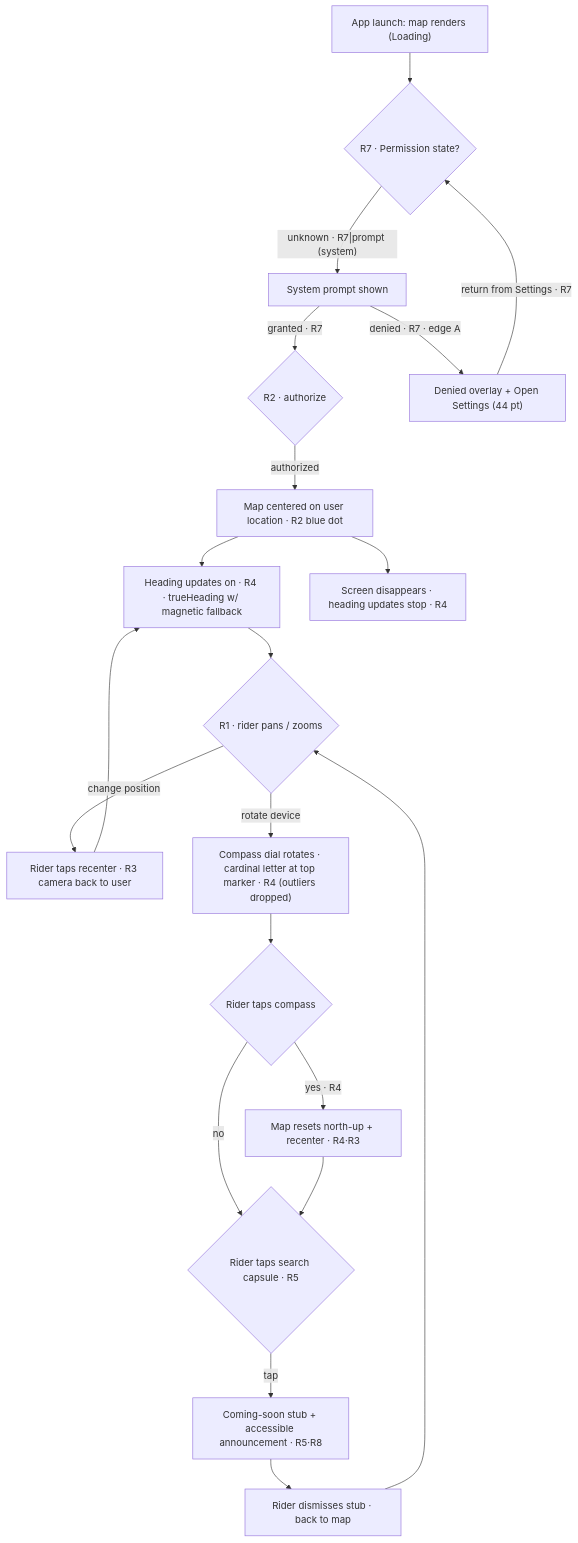
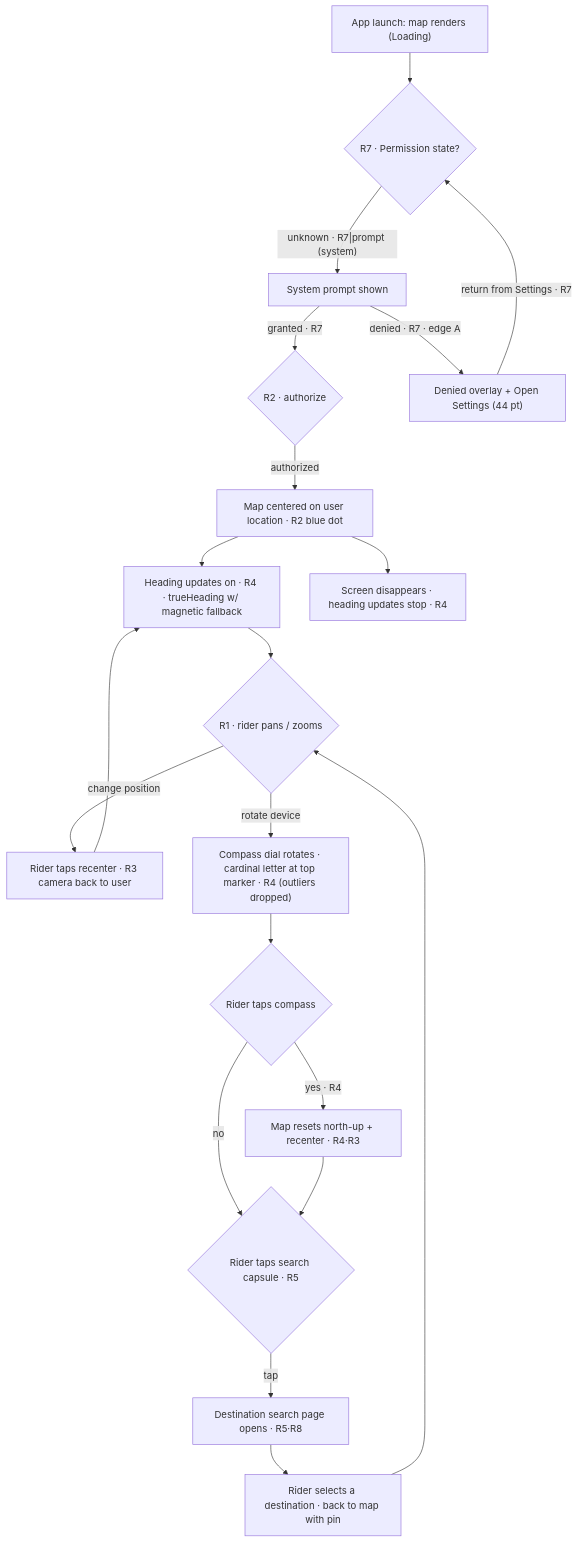
One commit to jon012906/RainDodger changed the diagram in docs/flows/maps-screen.md. Above: the diagram before and after it, drawn with Mermaid. The commit also changed other lines of this file and 7 other files, not shown here.

Commit message:
docs: add search spec, design, and flow docs

````diff
--- a/docs/flows/maps-screen.md
+++ b/docs/flows/maps-screen.md
@@ -64,22 +64,22 @@
 ```mermaid
 flowchart TD
   A["App launch: map renders (Loading)"] --> B{"R7 · Permission state?"}
   B -->|"unknown · R7|prompt (system)"| C["System prompt shown"]
   C -->|"granted · R7"| D{"R2 · authorize"}
   C -->|"denied · R7 · edge A"| E["Denied overlay + Open Settings (44 pt)"]
   E -->|"return from Settings · R7"| B
   D -->|"authorized"| F["Map centered on user location · R2 blue dot"]
   F --> G["Heading updates on · R4 · trueHeading w/ magnetic fallback"]
   G --> H{"R1 · rider pans / zooms"}
   H -->|"change position"| I["Rider taps recenter · R3 camera back to user"]
   I --> G
   H -->|"rotate device"| L["Compass dial rotates · cardinal letter at top marker · R4 (outliers dropped)"]
   L --> M{"Rider taps compass"}
   M -->|"yes · R4"| N["Map resets north-up + recenter · R4·R3"]
   M -->|"no"| O{"Rider taps search capsule · R5"}
   N --> O
-  O -->|"tap"| P["Coming-soon stub + accessible announcement · R5·R8"]
-  P --> Q["Rider dismisses stub · back to map"]
+  O -->|"tap"| P["Destination search page opens · R5·R8"]
+  P --> Q["Rider selects a destination · back to map with pin"]
   Q --> H
   F --> R["Screen disappears · heading updates stop · R4"]
 ```
````
